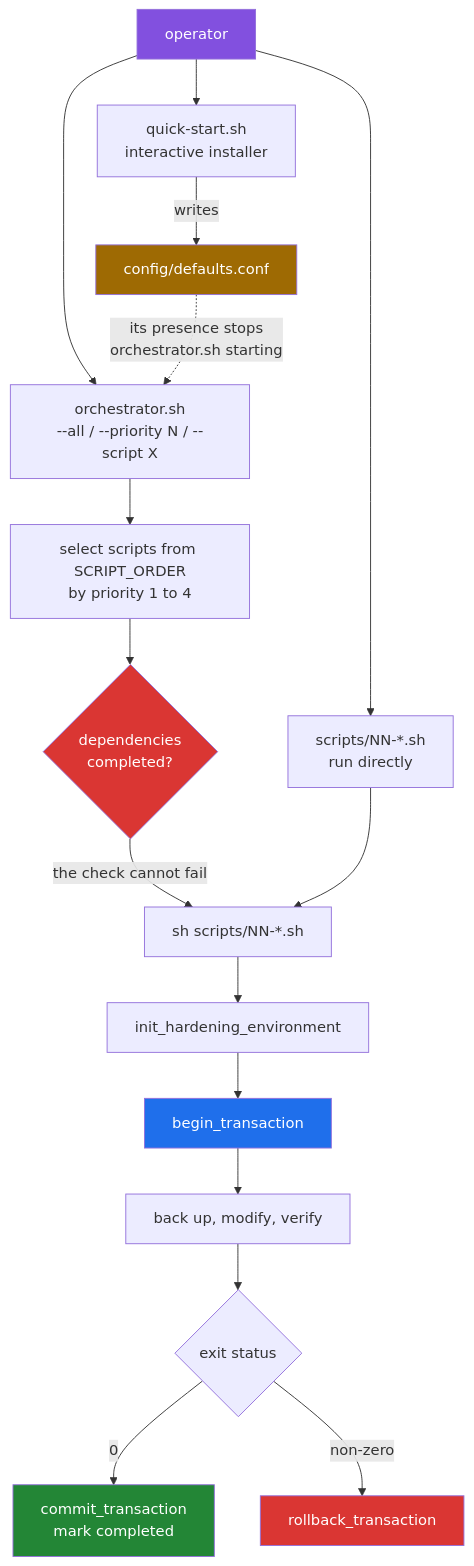
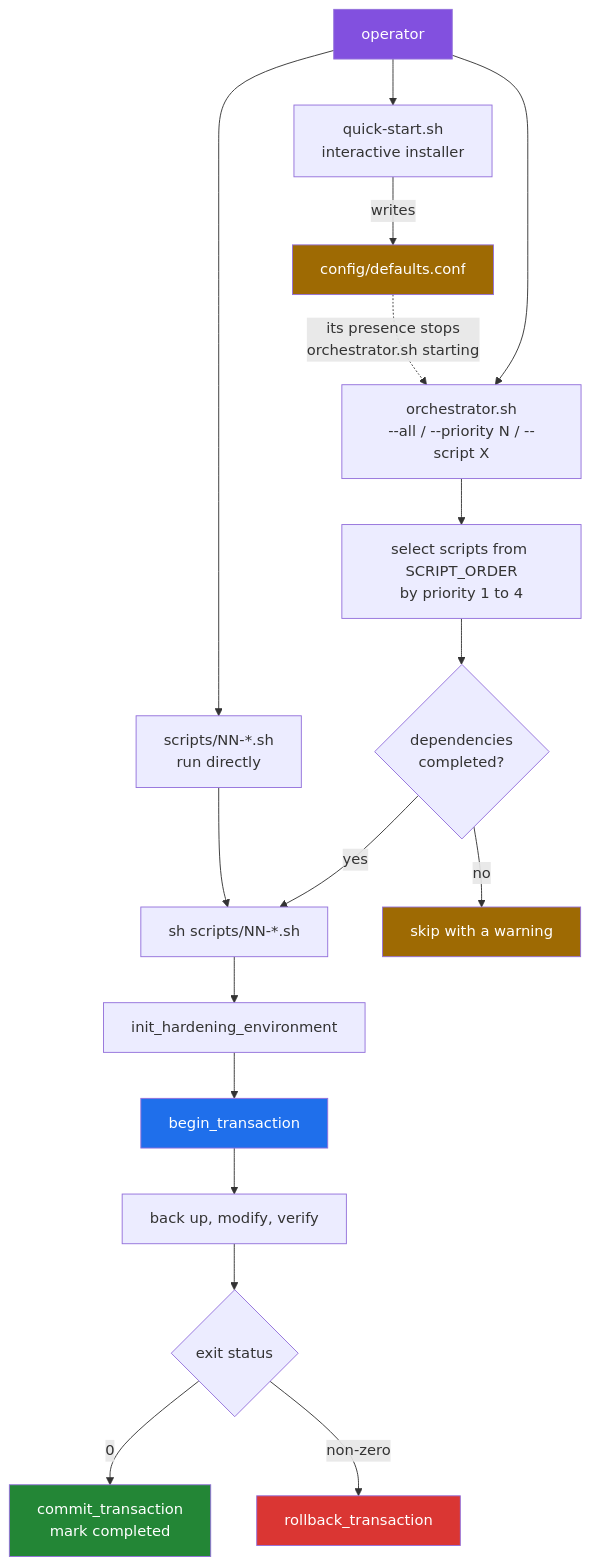
One commit to Bissbert/POSIX-hardening changed the first of 2 diagrams in docs/execution-model.md. Above: the diagram before and after it, drawn with Mermaid. The commit also changed other lines of this file and 35 other files, not shown here.

````diff
--- a/docs/execution-model.md
+++ b/docs/execution-model.md
@@ -12,28 +12,29 @@
 ```mermaid
 flowchart TD
     OP["operator"] --> QS["quick-start.sh<br/>interactive installer"]
     OP --> ORCH["orchestrator.sh<br/>--all / --priority N / --script X"]
     OP --> ONE["scripts/NN-*.sh<br/>run directly"]
 
     QS -->|"writes"| CFG["config/defaults.conf"]
     CFG -.->|"its presence stops<br/>orchestrator.sh starting"| ORCH
 
     ORCH --> SEL["select scripts from SCRIPT_ORDER<br/>by priority 1 to 4"]
     SEL --> DEP{"dependencies<br/>completed?"}
-    DEP -->|"the check cannot fail"| RUN
+    DEP -->|"yes"| RUN
+    DEP -->|"no"| SKIP["skip with a warning"]
     ONE --> RUN["sh scripts/NN-*.sh"]
 
     RUN --> INIT["init_hardening_environment"]
     INIT --> TX["begin_transaction"]
     TX --> WORK["back up, modify, verify"]
     WORK --> EXIT{"exit status"}
     EXIT -->|"0"| COMMIT["commit_transaction<br/>mark completed"]
     EXIT -->|"non-zero"| RB["rollback_transaction"]
 
     style OP fill:#8250df,color:#fff
     style CFG fill:#9e6a03,color:#fff
-    style DEP fill:#da3633,color:#fff
+    style SKIP fill:#9e6a03,color:#fff
     style TX fill:#1f6feb,color:#fff
     style COMMIT fill:#238636,color:#fff
     style RB fill:#da3633,color:#fff
 ```
````
